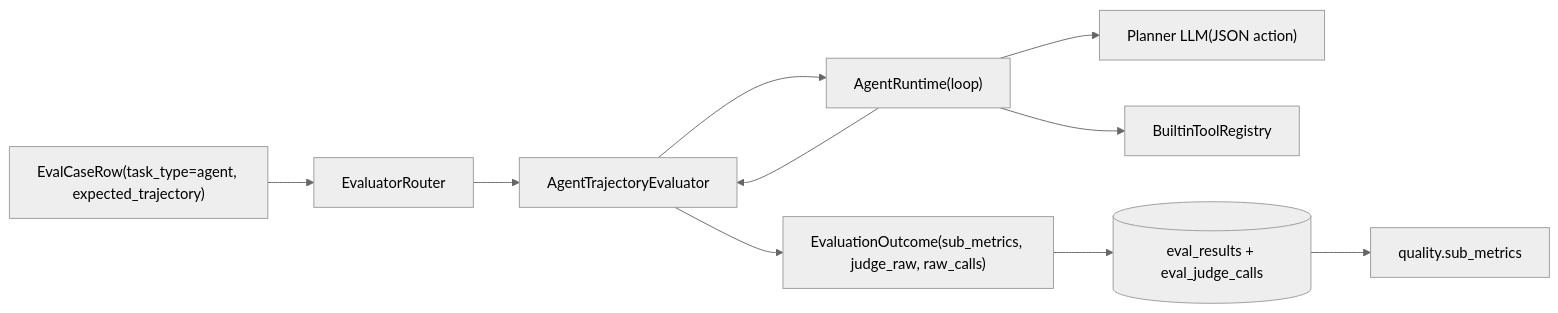
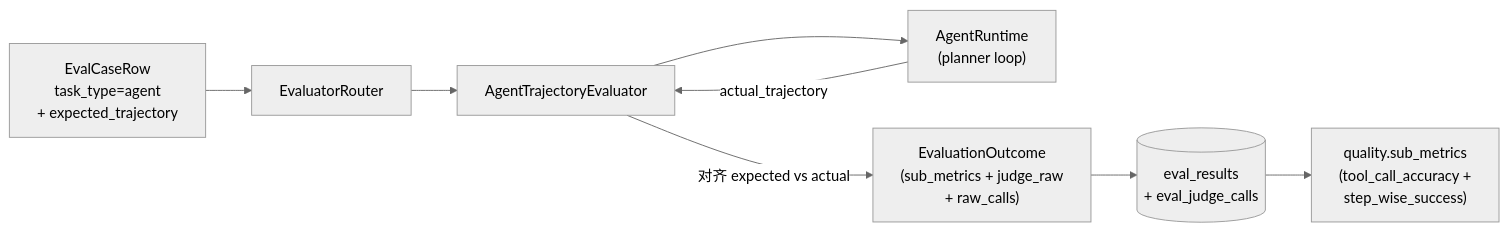
Before and after one commit to AndyUneducated/eval-gate: the first of 3 diagrams in docs/PHASE_9_PLAN.md, drawn with Mermaid (neutral theme). The commit also changed other lines of this file and 16 other files, not shown here.

First line of the commit message:
docs: add diagrams and tech-selection rationale to README and phase plans

````diff
--- a/docs/PHASE_9_PLAN.md
+++ b/docs/PHASE_9_PLAN.md
@@ -16,17 +11,14 @@
 ```mermaid
 flowchart LR
-  Case["EvalCaseRow(task_type=agent, expected_trajectory)"]
+  Case["EvalCaseRow<br/>task_type=agent<br/>+ expected_trajectory"]
   Router["EvaluatorRouter"]
   AgentEval["AgentTrajectoryEvaluator"]
-  Runtime["AgentRuntime(loop)"]
-  LLM["Planner LLM(JSON action)"]
-  Tools["BuiltinToolRegistry"]
-  Outcome["EvaluationOutcome(sub_metrics, judge_raw, raw_calls)"]
-  DB[("eval_results + eval_judge_calls")]
-  Gate["quality.sub_metrics"]
+  Runtime["AgentRuntime<br/>(planner loop)"]
+  Outcome["EvaluationOutcome<br/>(sub_metrics + judge_raw<br/>+ raw_calls)"]
+  DB[("eval_results<br/>+ eval_judge_calls")]
+  Gate["quality.sub_metrics<br/>(tool_call_accuracy +<br/>step_wise_success)"]
 
   Case --> Router --> AgentEval --> Runtime
-  Runtime --> LLM
-  Runtime --> Tools
-  Runtime --> AgentEval --> Outcome --> DB --> Gate
+  Runtime -->|"actual_trajectory"| AgentEval
+  AgentEval -->|"对齐 expected vs actual"| Outcome --> DB --> Gate
 ```
````
